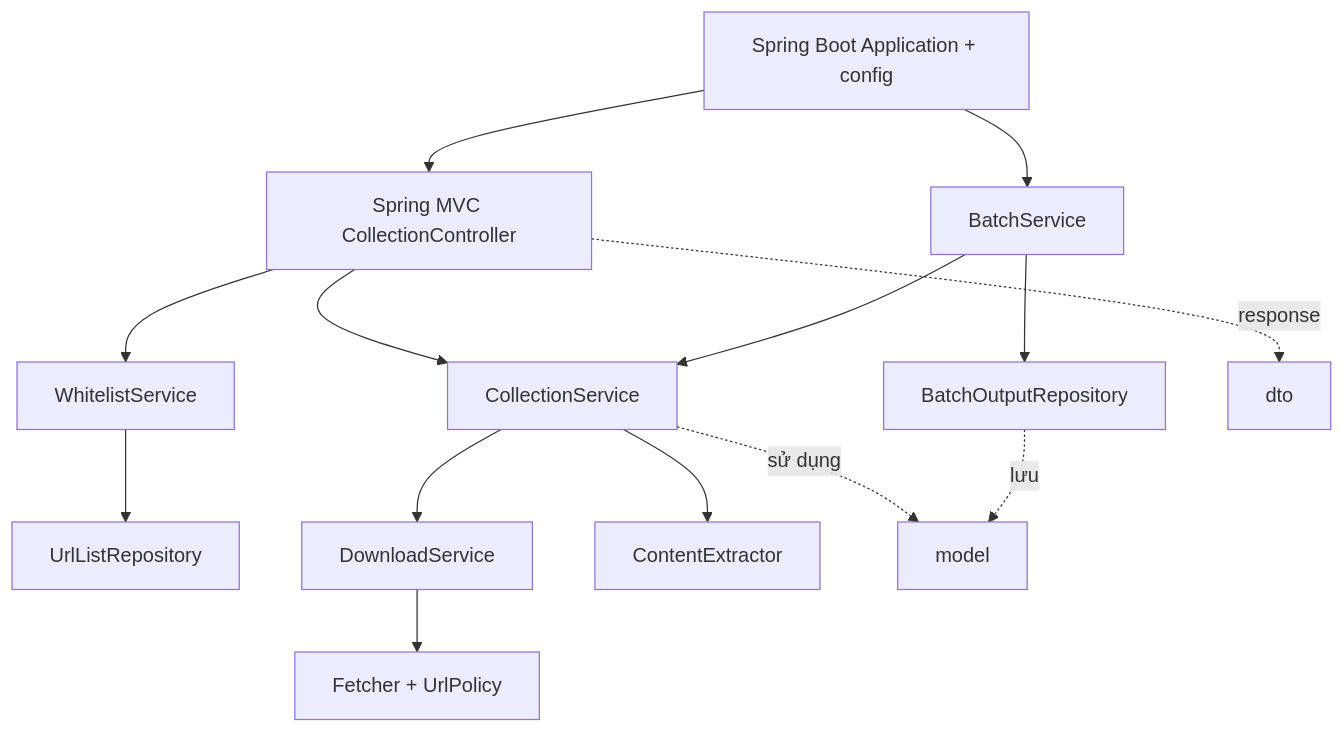
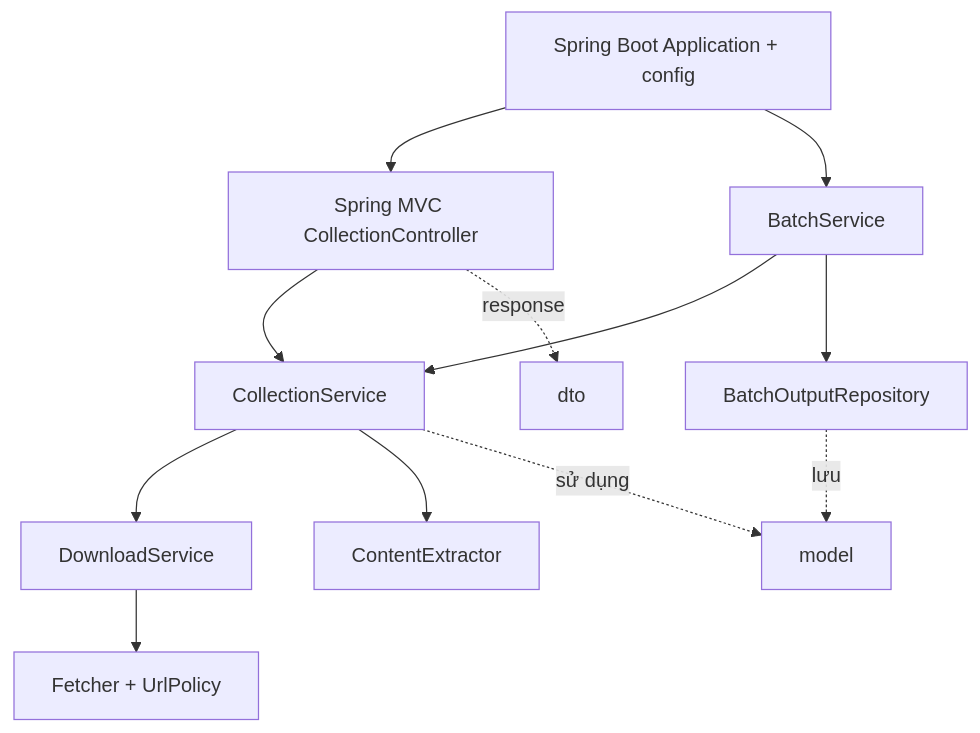
The second of 4 diagrams in docs/design-diagrams.md (dungx48/it4863-content-collector), drawn with Mermaid before and after one commit. The commit also changed 30 other files, not shown here.

````diff
--- a/docs/design-diagrams.md
+++ b/docs/design-diagrams.md
@@ -22,16 +22,14 @@
 ```mermaid
 flowchart TD
   App[Spring Boot Application + config] --> Controller[Spring MVC CollectionController]
   Controller --> Collection[CollectionService]
-  Controller --> White[WhitelistService]
-  White --> URLRepo[UrlListRepository]
   App --> Batch[BatchService]
   Batch --> Collection
   Batch --> Output[BatchOutputRepository]
   Collection --> Download[DownloadService]
   Download --> Fetcher[Fetcher + UrlPolicy]
   Collection --> Parser[ContentExtractor]
   Collection -. sử dụng .-> Model[model]
   Output -. lưu .-> Model
   Controller -. response .-> DTO[dto]
 ```
````
